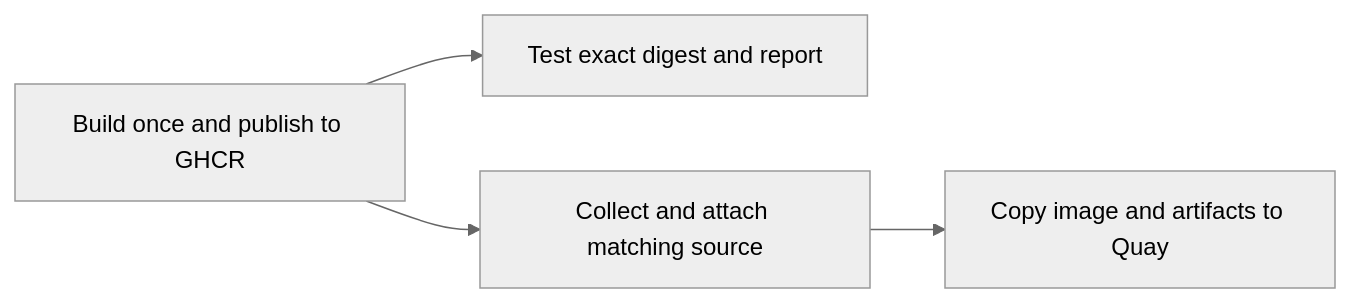
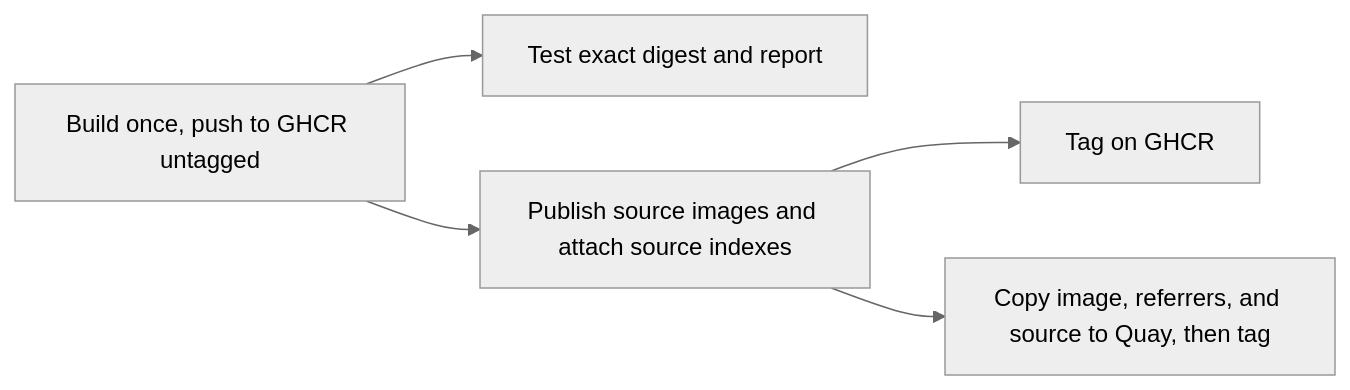
Before and after one commit to frithuz/devcontainer: the diagram in docs/maintenance.md, drawn with Mermaid (neutral theme). The commit also changed other lines of this file and 21 other files, not shown here.

First line of the commit message:
all: add initial image build and align docs with it

````diff
--- a/docs/maintenance.md
+++ b/docs/maintenance.md
@@ -80,6 +78,7 @@
 ```mermaid
 flowchart LR
-  build[Build once and publish to GHCR] --> verify[Test exact digest and report]
-  build --> attach[Collect and attach matching source]
-  attach --> promote[Copy image and artifacts to Quay]
+  build[Build once, push to GHCR untagged] --> verify[Test exact digest and report]
+  build --> sources[Publish source images and attach source indexes]
+  sources --> taggh[Tag on GHCR]
+  sources --> promote[Copy image, referrers, and source to Quay, then tag]
 ```
````
